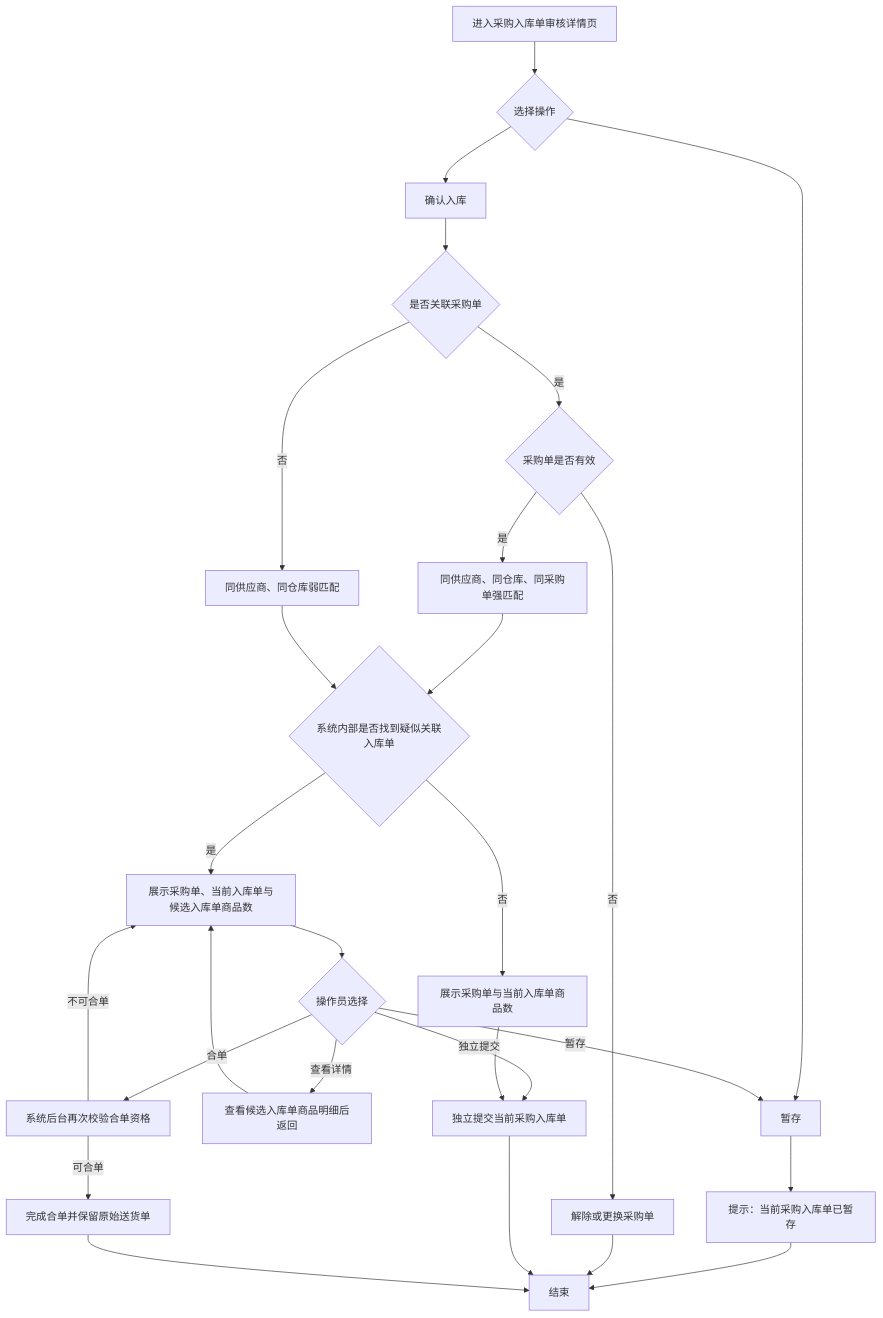
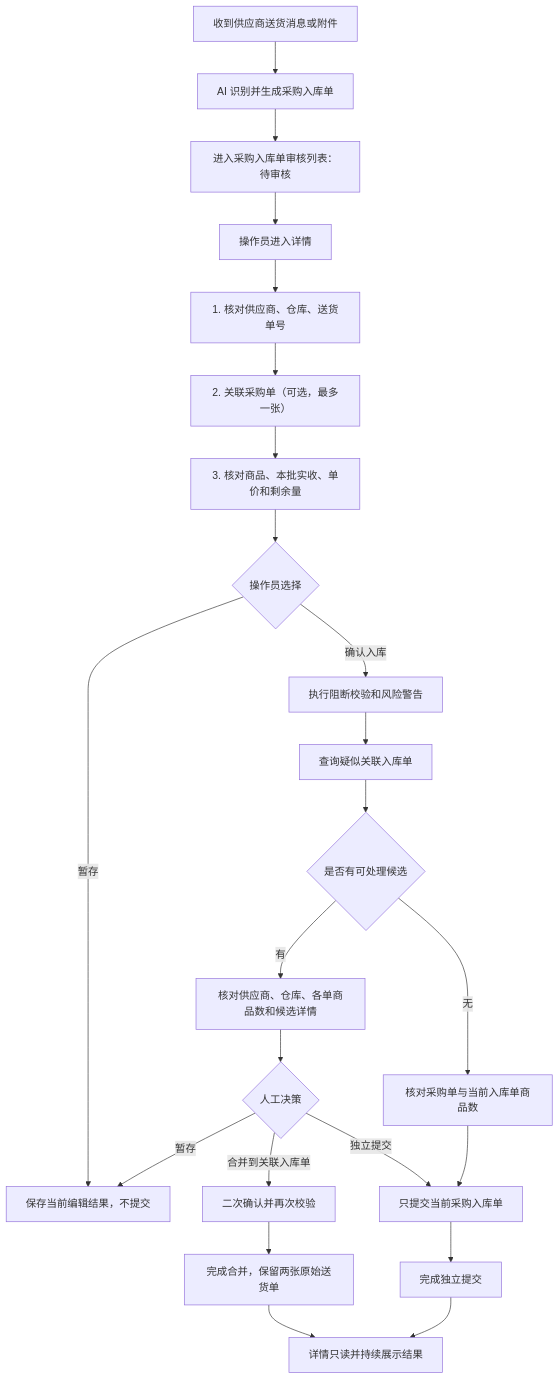
Before and after one commit to Xky114514/Xky114514.github.io: the second of 3 diagrams in purchase-field-spec.md, drawn with Mermaid. The commit also changed other lines of this file and 3 other files, not shown here.

````diff
--- a/purchase-field-spec.md
+++ b/purchase-field-spec.md
@@ -124,29 +102,25 @@
 ```mermaid
 flowchart TD
-  A["进入采购入库单审核详情页"] --> B{"选择操作"}
-  B --> C["暂存"]
-  C --> C1["提示：当前采购入库单已暂存"]
-  C1 --> Z["结束"]
-  B --> D["确认入库"]
-  D --> E{"是否关联采购单"}
-  E -- "是" --> F{"采购单是否有效"}
-  F -- "否" --> F1["解除或更换采购单"]
-  F1 --> Z
-  F -- "是" --> G["同供应商、同仓库、同采购单强匹配"]
-  E -- "否" --> H["同供应商、同仓库弱匹配"]
-  G --> I{"系统内部是否找到疑似关联入库单"}
-  H --> I
-  I -- "否" --> J["展示采购单与当前入库单商品数"]
-  I -- "是" --> K["展示采购单、当前入库单与候选入库单商品数"]
-  K --> L{"操作员选择"}
-  L -- "查看详情" --> K1["查看候选入库单商品明细后返回"]
-  K1 --> K
-  L -- "合单" --> M["系统后台再次校验合单资格"]
-  L -- "独立提交" --> N["独立提交当前采购入库单"]
-  L -- "暂存" --> C
-  J --> N
-  M -- "可合单" --> O["完成合单并保留原始送货单"]
-  M -- "不可合单" --> K
-  N --> Z
-  O --> Z
+  A["收到供应商送货消息或附件"] --> B["AI 识别并生成采购入库单"]
+  B --> C["进入采购入库单审核列表：待审核"]
+  C --> D["操作员进入详情"]
+  D --> E["1. 核对供应商、仓库、送货单号"]
+  E --> F["2. 关联采购单（可选，最多一张）"]
+  F --> G["3. 核对商品、本批实收、单价和剩余量"]
+  G --> H{"操作员选择"}
+  H -->|"暂存"| I["保存当前编辑结果，不提交"]
+  H -->|"确认入库"| J["执行阻断校验和风险警告"]
+  J --> K["查询疑似关联入库单"]
+  K --> L{"是否有可处理候选"}
+  L -->|"无"| M["核对采购单与当前入库单商品数"]
+  L -->|"有"| N["核对供应商、仓库、各单商品数和候选详情"]
+  N --> O{"人工决策"}
+  O -->|"合并到关联入库单"| P["二次确认并再次校验"]
+  O -->|"独立提交"| Q["只提交当前采购入库单"]
+  O -->|"暂存"| I
+  M --> Q
+  P --> R["完成合并，保留两张原始送货单"]
+  Q --> S["完成独立提交"]
+  R --> T["详情只读并持续展示结果"]
+  S --> T
 ```
````
